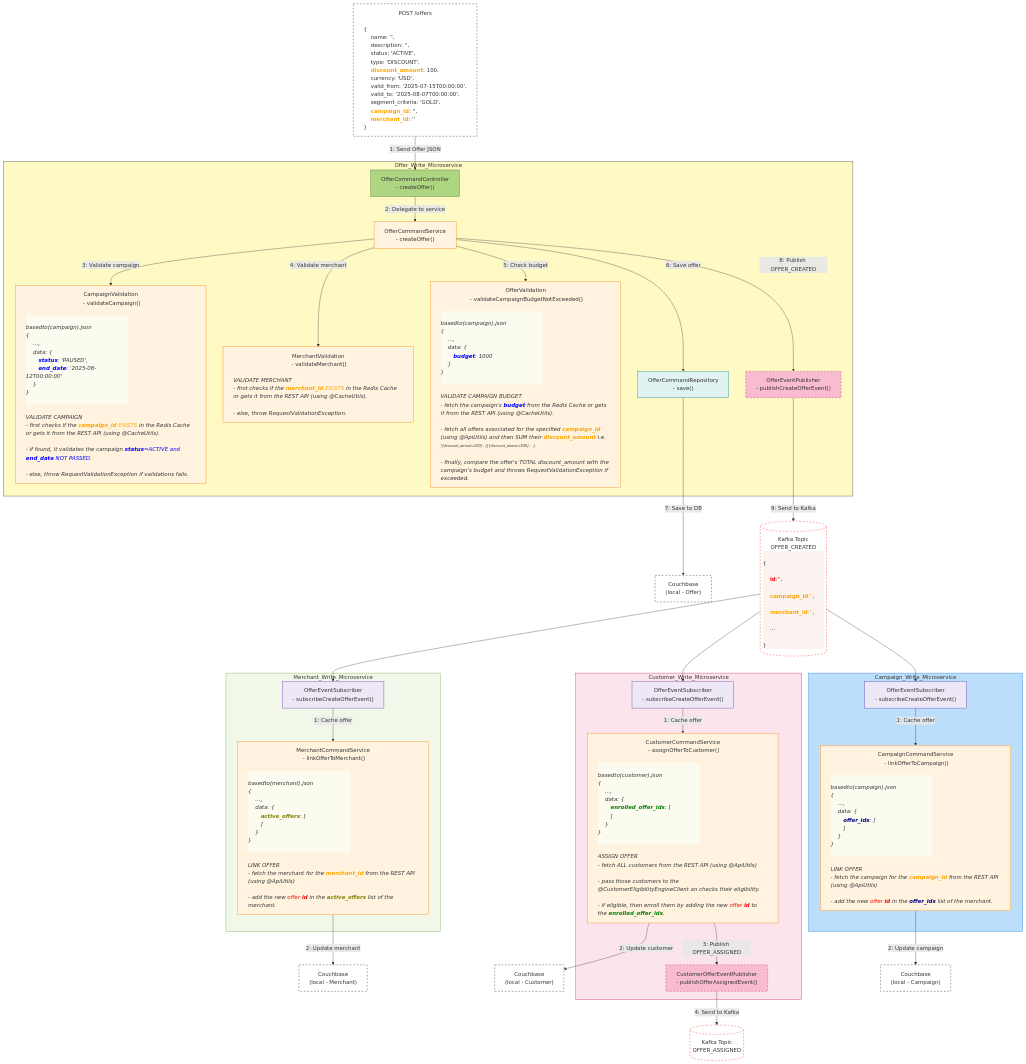
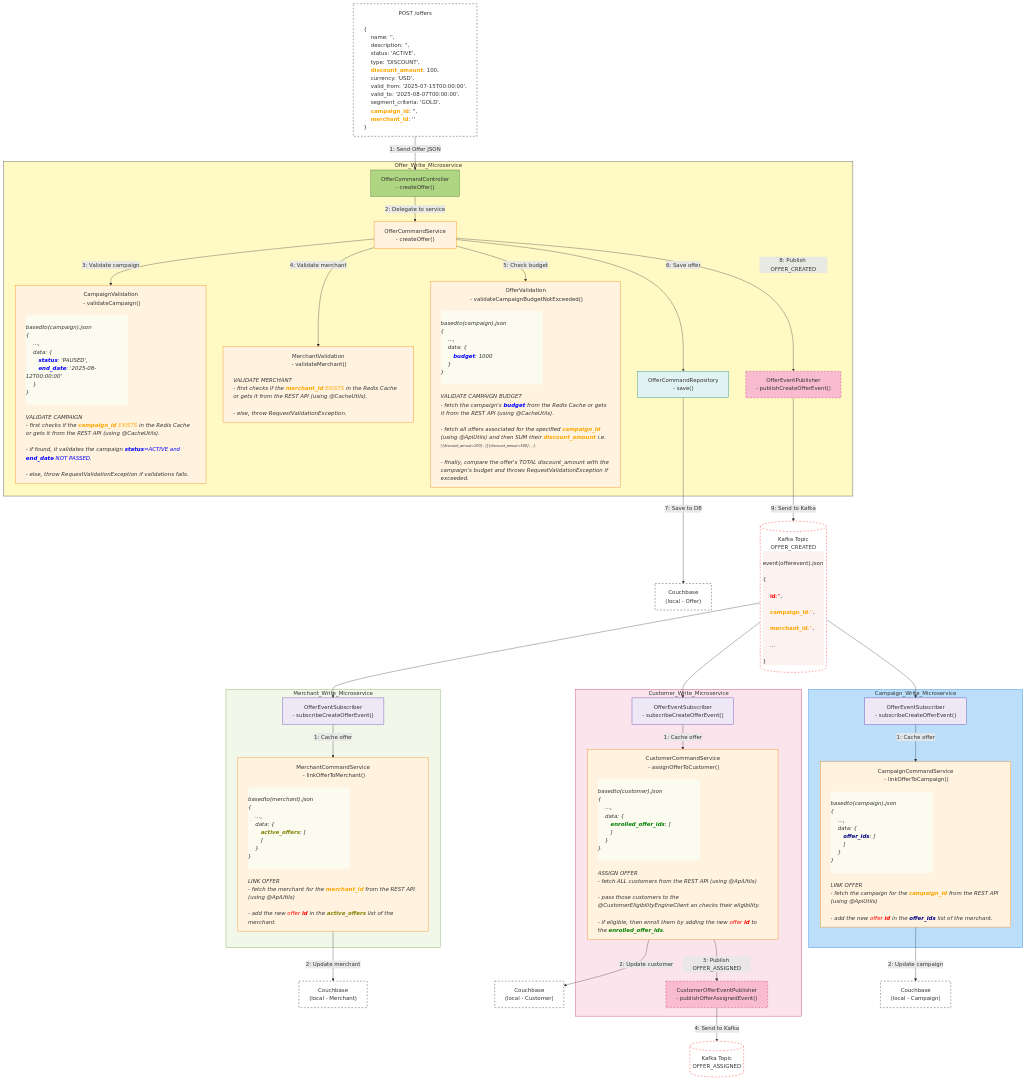
The diagram in _readme_assets/offer_create.mmd (aakashkumar1980/apps-microservices), drawn with Mermaid before and after one commit.

Commit message:
code refactor

```diff
--- a/_readme_assets/offer_create.mmd
+++ b/_readme_assets/offer_create.mmd
@@ -160,6 +160,7 @@
 
 KAFKA1[("Kafka Topic<br>OFFER_CREATED
 <div style='text-align:left; background-color:rgb(252, 243, 240); width:180px;'>
+event(offerevent).json <br>
 {<br>
 #emsp; <font color=red><b>id</b>:''</font>, <br>
 #emsp; <font color=orange><b>campaign_id</b>:''</font>, <br>
```
